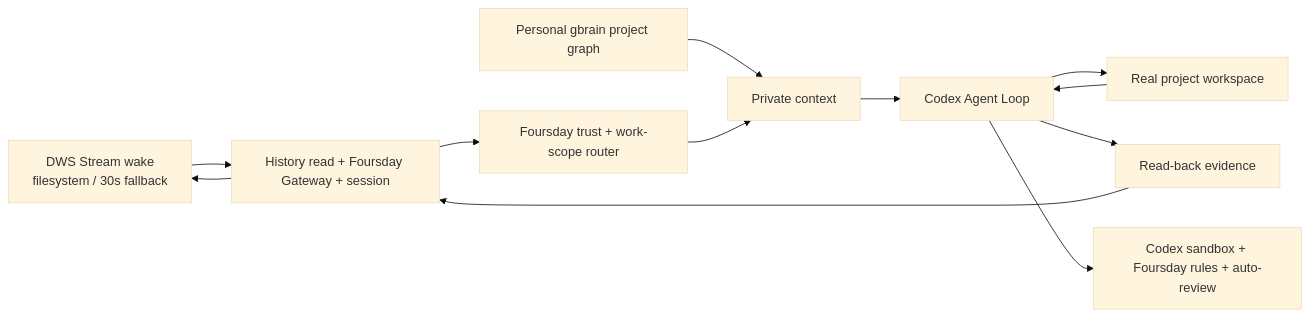
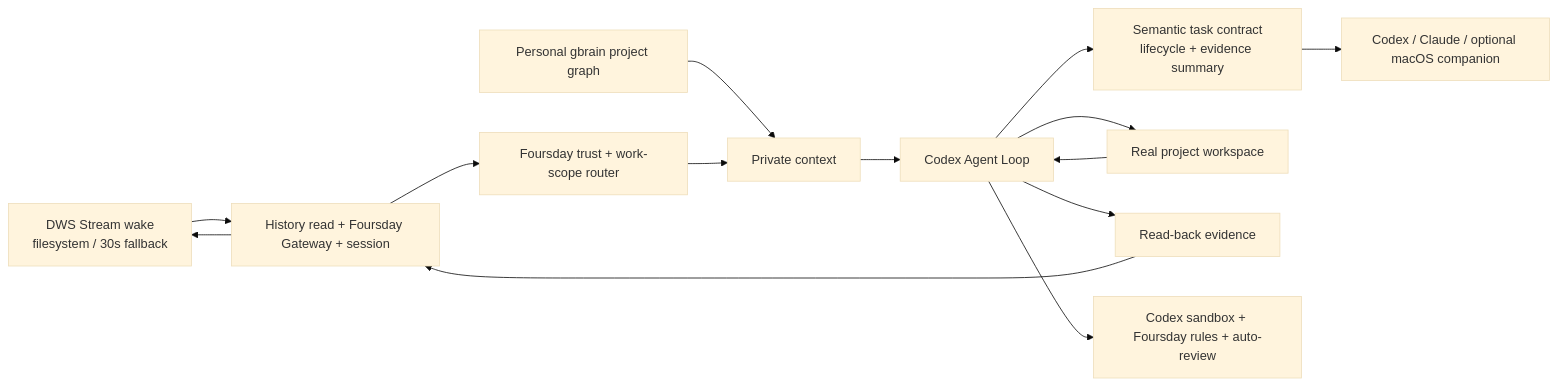
One commit to ruiwang20010702/foursday changed the diagram in docs/en/architecture.md. Above: the diagram before and after it, drawn with Mermaid (base theme). The commit also changed other lines of this file and 25 other files, not shown here.

Commit message:
feat: add semantic task ledger and desktop companion

````diff
--- a/docs/en/architecture.md
+++ b/docs/en/architecture.md
@@ -7,14 +7,16 @@
 ```mermaid
 flowchart LR
     M["DWS Stream wake<br/>filesystem / 30s fallback"] --> A["History read + Foursday Gateway + session"]
     A --> R["Foursday trust + work-scope router"]
     G["Personal gbrain project graph"] --> C["Private context"]
     R --> C
     C --> X["Codex Agent Loop"]
+    X --> L["Semantic task contract<br/>lifecycle + evidence summary"]
     X --> W["Real project workspace"]
     W --> X
     X --> V["Read-back evidence"]
     V --> A
     A --> M
     X --> B["Codex sandbox + Foursday rules + auto-review"]
+    L --> O["Codex / Claude / optional macOS companion"]
 ```
````
